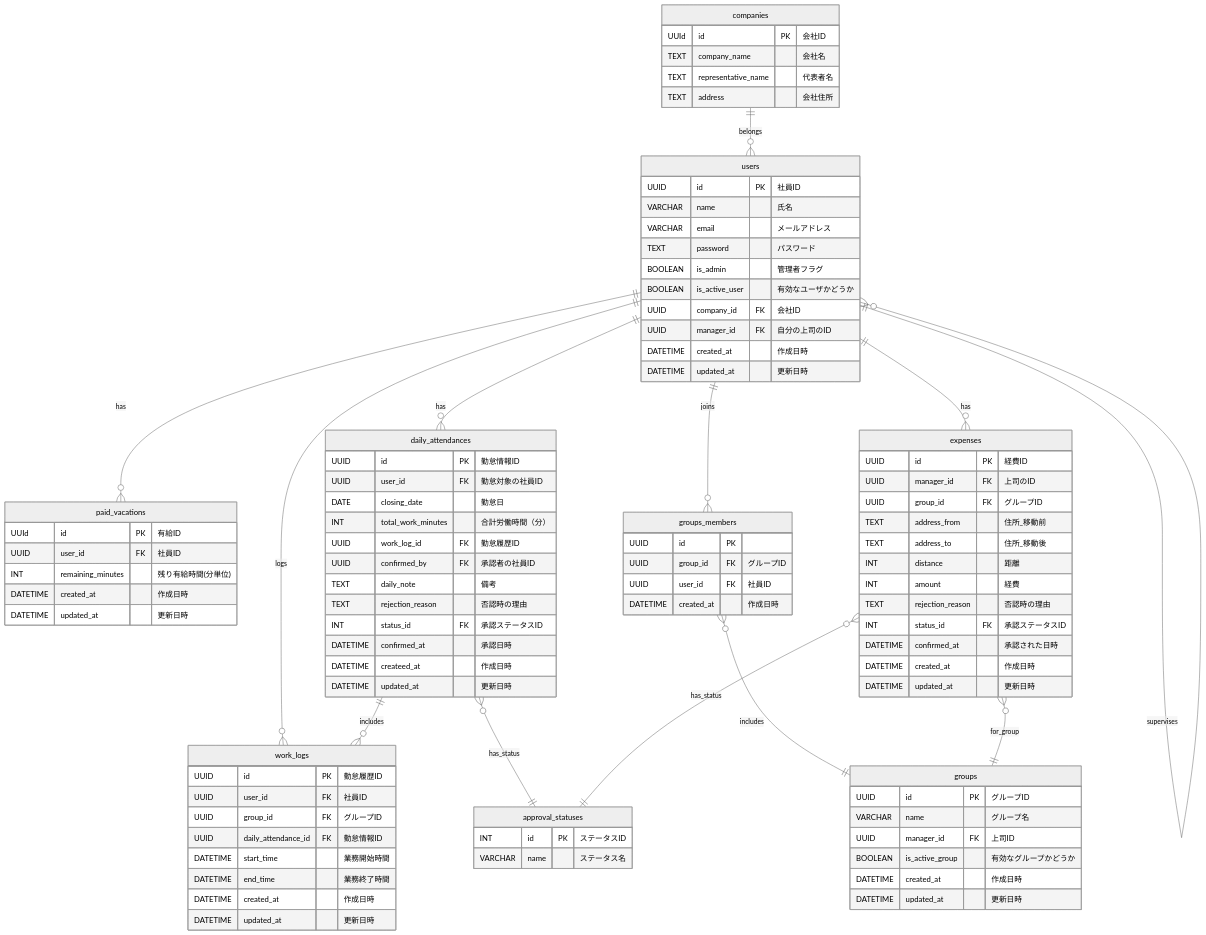
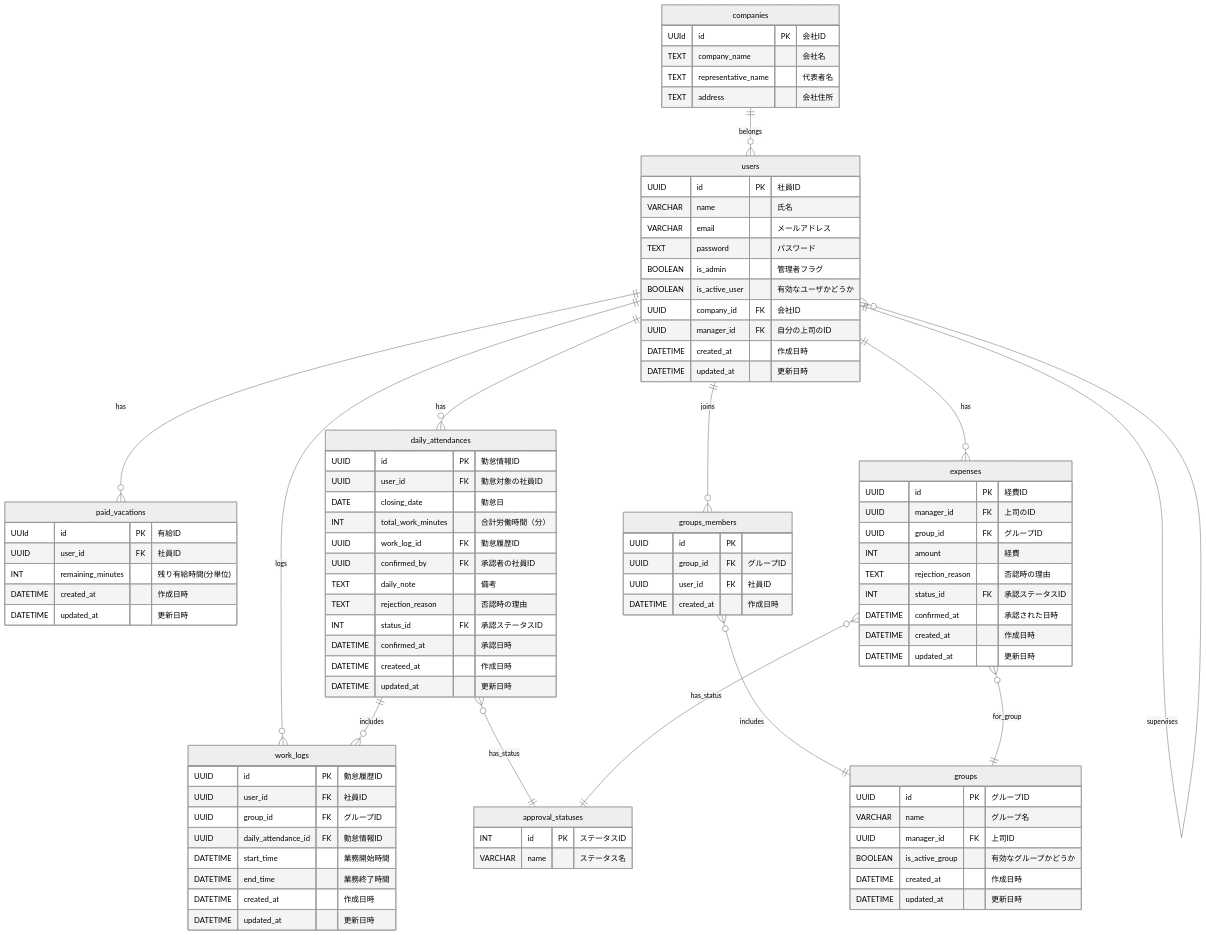
Before and after one commit to D-Hackathon/TimeCard: the diagram in docs/er-diagram.md, drawn with Mermaid (neutral theme).

Commit message:
modefy erdiagram

```diff
--- a/docs/er-diagram.md
+++ b/docs/er-diagram.md
@@ -82,9 +82,6 @@
 	    UUID id PK  "経費ID"
 	    UUID manager_id FK "上司のID"
 	    UUID group_id FK  "グループID"
-	    TEXT address_from "住所_移動前"
-	    TEXT address_to"住所_移動後"
-	    INT distance "距離"
 	    INT amount "経費"
       TEXT rejection_reason "否認時の理由"
       INT status_id FK "承認ステータスID"
```
